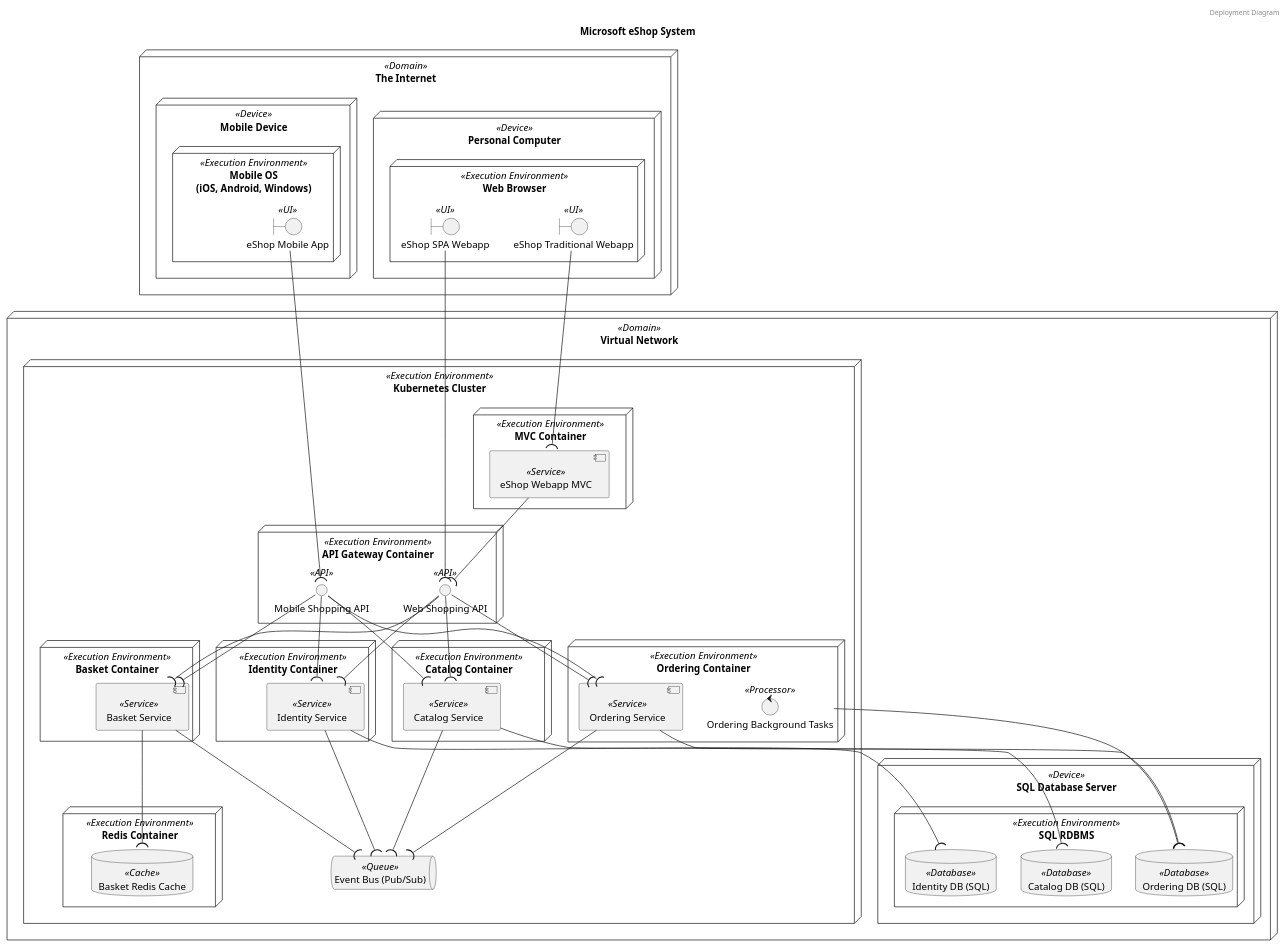
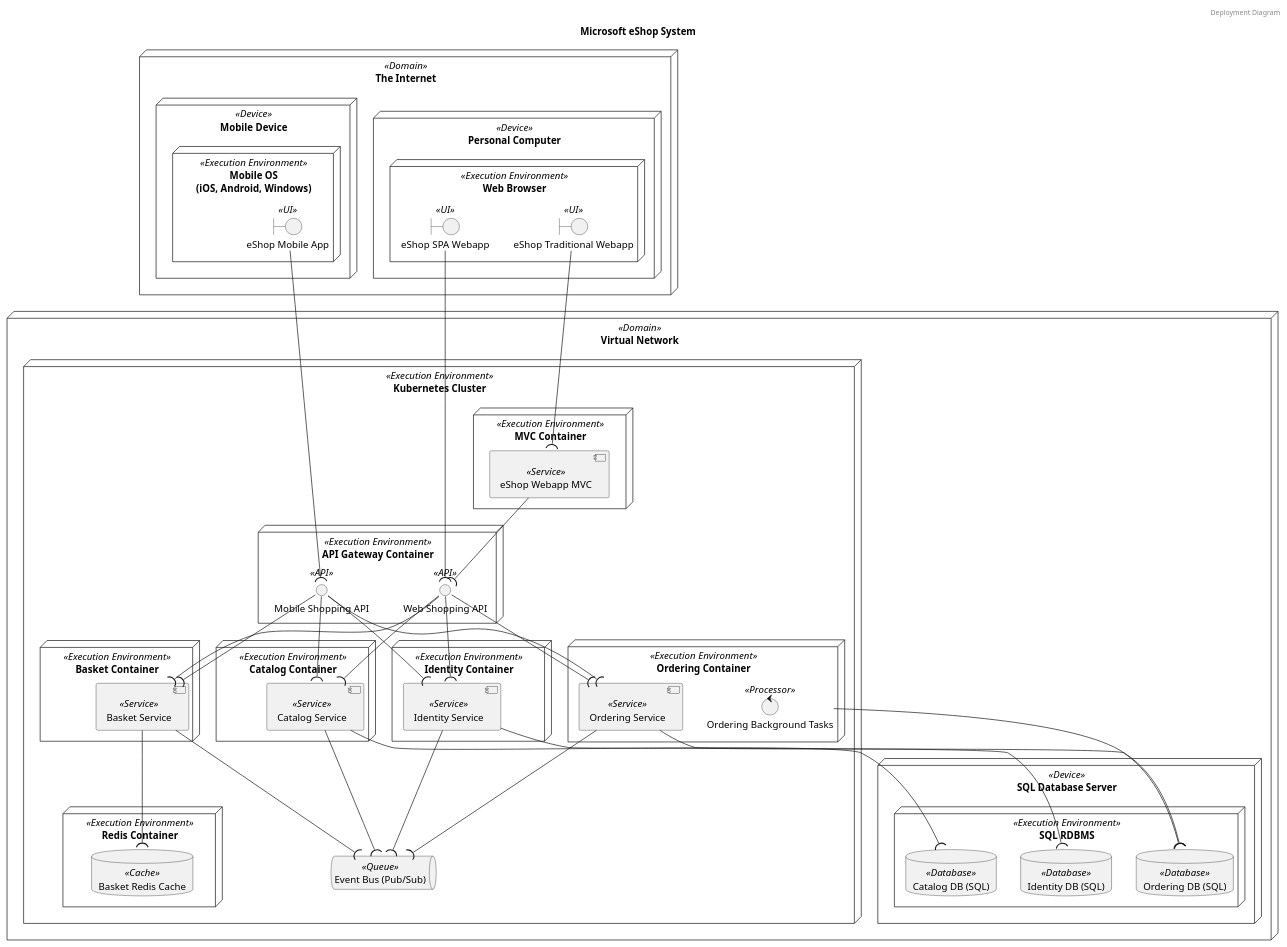
One commit to garrettsutula/example-trellis-project changed the second of 4 diagrams in diagrams/systems/Microsoft_eShop_System.puml. Above: the diagram before and after it, drawn with PlantUML. The commit also changed other lines of this file and 2 other files, not shown here.

```diff
--- a/diagrams/systems/Microsoft_eShop_System.puml
+++ b/diagrams/systems/Microsoft_eShop_System.puml
@@ -39,75 +42,75 @@
 @startuml Deployment Diagram Microsoft eShop System
 header Deployment Diagram
 title Microsoft eShop System
 	node "The Internet" as The_Internet <<Domain>> {
 		node "Mobile Device" as Mobile_Device <<Device>> {
-			node "Mobile OS\n(iOS, Android, Windows)" as Mobile_OS\niOS,_Android,_Windows <<Execution Environment>> {
+			node "Mobile OS\n(iOS, Android, Windows)" as Mobile_OSiOS_Android_Windows <<Execution Environment>> {
 				boundary "eShop Mobile App" as eShop_Mobile_App <<UI>>
 			}
 		}
 		node "Personal Computer" as Personal_Computer <<Device>> {
 			node "Web Browser" as Web_Browser <<Execution Environment>> {
 				boundary "eShop SPA Webapp" as eShop_SPA_Webapp <<UI>>
 				boundary "eShop Traditional Webapp" as eShop_Traditional_Webapp <<UI>>
 			}
 		}
 	}
 
 	node "Virtual Network" as Virtual_Network <<Domain>> {
 		node "Kubernetes Cluster" as Kubernetes_Cluster <<Execution Environment>> {
 			node "Redis Container" as Redis_Container <<Execution Environment>> {
 				database "Basket Redis Cache" as Basket_Redis_Cache <<Cache>>
 			}
 			node "API Gateway Container" as API_Gateway_Container <<Execution Environment>> {
 				interface "Mobile Shopping API" as Mobile_Shopping_API <<API>>
 				interface "Web Shopping API" as Web_Shopping_API <<API>>
 			}
 			queue "Event Bus (Pub/Sub)" as Event_Bus_Pub_Sub <<Queue>>
-			node "Identity Container" as Identity_Container <<Execution Environment>> {
-				component "Identity Service" as Identity_Service <<Service>>
+			node "Basket Container" as Basket_Container <<Execution Environment>> {
+				component "Basket Service" as Basket_Service <<Service>>
 			}
 			node "Catalog Container" as Catalog_Container <<Execution Environment>> {
 				component "Catalog Service" as Catalog_Service <<Service>>
 			}
+			node "Identity Container" as Identity_Container <<Execution Environment>> {
+				component "Identity Service" as Identity_Service <<Service>>
+			}
 			node "Ordering Container" as Ordering_Container <<Execution Environment>> {
 				component "Ordering Service" as Ordering_Service <<Service>>
 				control "Ordering Background Tasks" as Ordering_Background_Tasks <<Processor>>
-			}
-			node "Basket Container" as Basket_Container <<Execution Environment>> {
-				component "Basket Service" as Basket_Service <<Service>>
 			}
 			node "MVC Container" as MVC_Container <<Execution Environment>> {
 				component "eShop Webapp MVC" as eShop_Webapp_MVC <<Service>>
 			}
 		}
 		node "SQL Database Server" as SQL_Database_Server <<Device>> {
 			node "SQL RDBMS" as SQL_RDBMS <<Execution Environment>> {
+				database "Catalog DB (SQL)" as Catalog_DB_SQL <<Database>>
 				database "Identity DB (SQL)" as Identity_DB_SQL <<Database>>
-				database "Catalog DB (SQL)" as Catalog_DB_SQL <<Database>>
 				database "Ordering DB (SQL)" as Ordering_DB_SQL <<Database>>
 			}
 		}
 	}
 
 	eShop_Mobile_App -down-( Mobile_Shopping_API
 	eShop_Traditional_Webapp -down-( eShop_Webapp_MVC
 	eShop_Webapp_MVC -down-( Web_Shopping_API
 	eShop_SPA_Webapp -down-( Web_Shopping_API
 	Mobile_Shopping_API -down-( Identity_Service
 	Mobile_Shopping_API -down-( Catalog_Service
 	Mobile_Shopping_API -down-( Ordering_Service
 	Mobile_Shopping_API -down-( Basket_Service
 	Web_Shopping_API -down-( Identity_Service
 	Web_Shopping_API -down-( Catalog_Service
 	Web_Shopping_API -down-( Ordering_Service
 	Web_Shopping_API -down-( Basket_Service
 	Identity_Service -down-( Identity_DB_SQL
 	Identity_Service -down-( Event_Bus_Pub_Sub
 	Catalog_Service -down-( Catalog_DB_SQL
 	Catalog_Service -down-( Event_Bus_Pub_Sub
 	Ordering_Service -down-( Ordering_DB_SQL
 	Ordering_Background_Tasks -down-( Ordering_DB_SQL
 	Ordering_Service -down-( Event_Bus_Pub_Sub
 	Basket_Service -down-( Basket_Redis_Cache
 	Basket_Service -down-( Event_Bus_Pub_Sub
 @enduml
```
